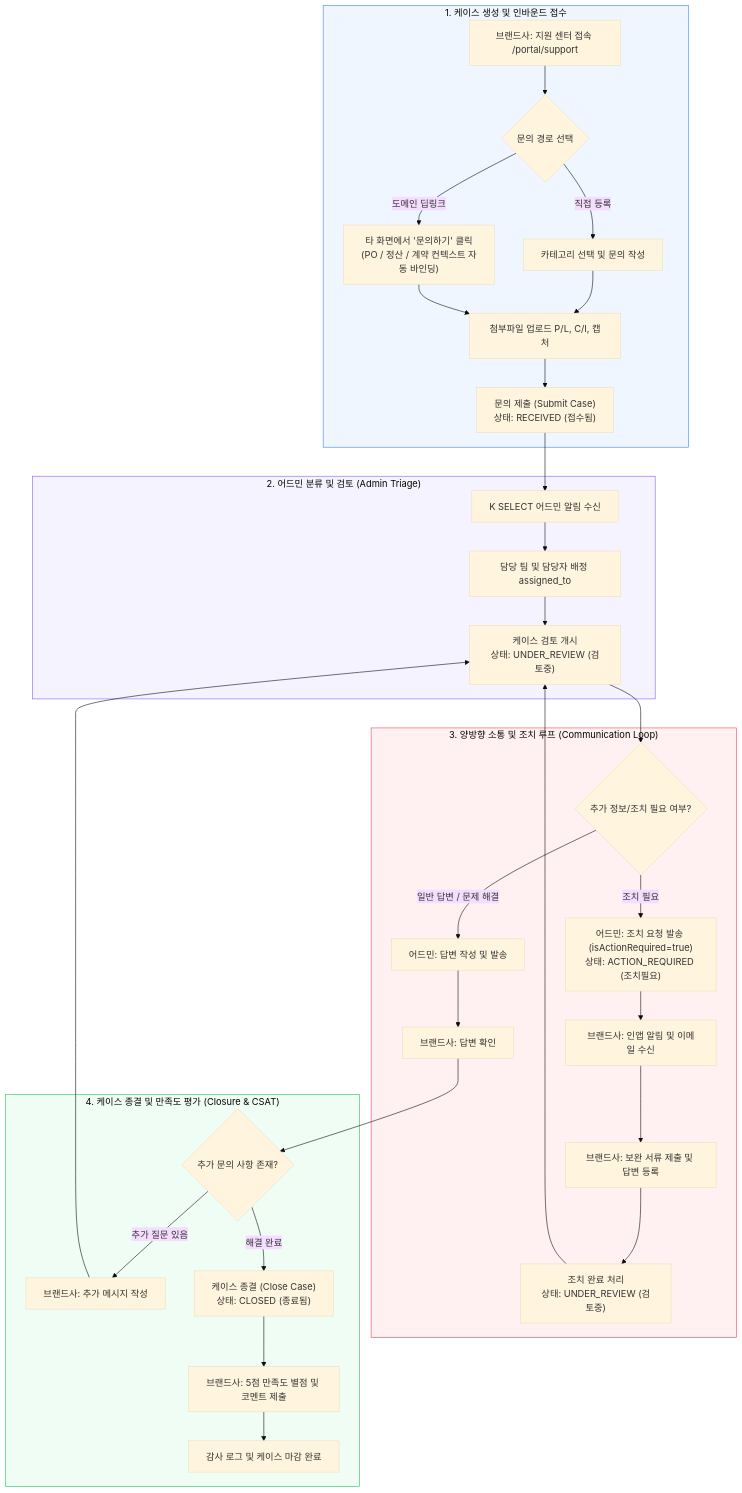
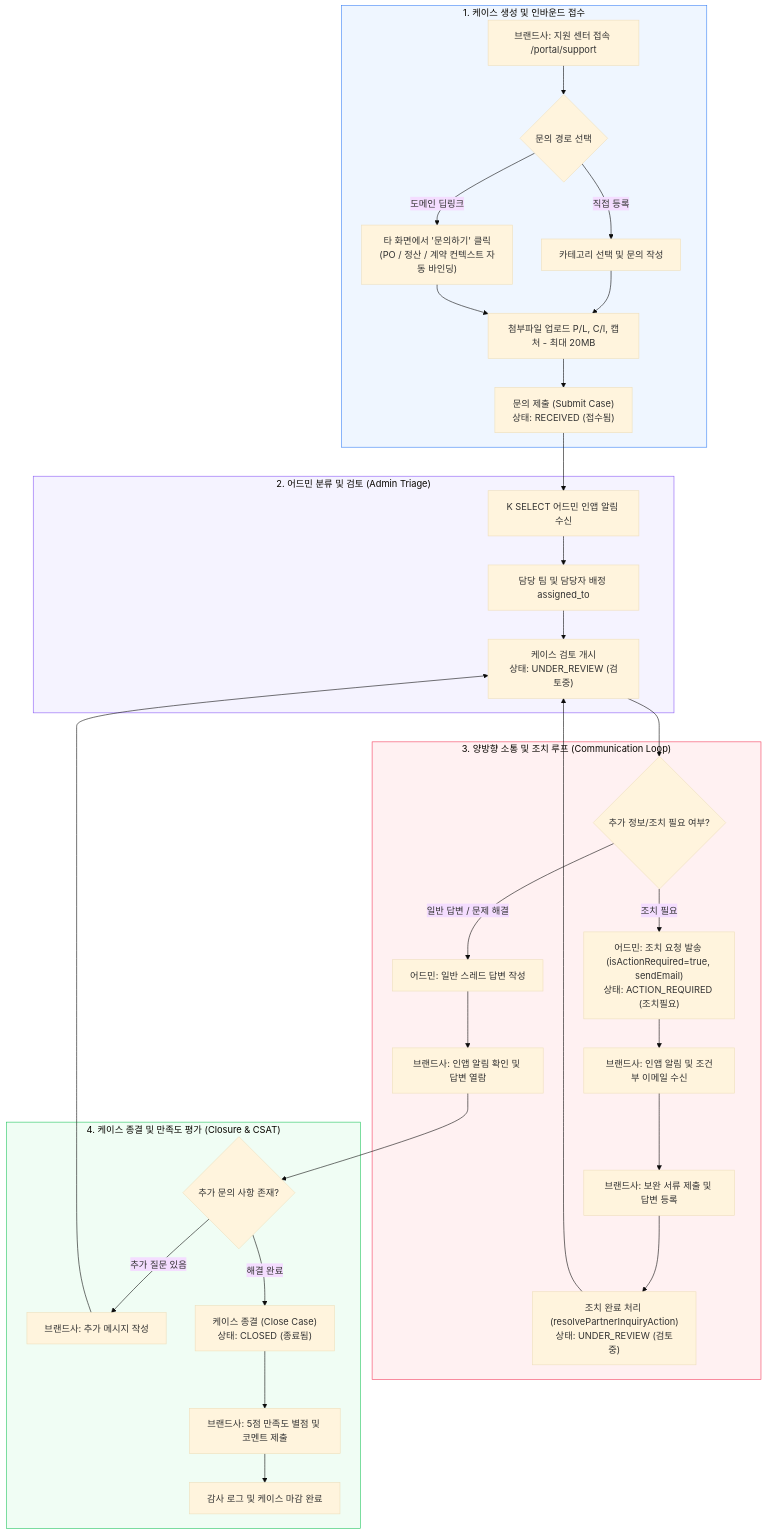
Before and after one commit to chaehahm-Kr/KBGP-Portal: the first of 7 diagrams in Manuals/MAN-B-TASK-001_Task-Communication/01_SOURCE/MAN-B-TASK-001_Workflow_Map.md, drawn with Mermaid (base theme). The commit also changed other lines of this file and 3 other files, not shown here.

````diff
--- a/Manuals/MAN-B-TASK-001_Task-Communication/01_SOURCE/MAN-B-TASK-001_Workflow_Map.md
+++ b/Manuals/MAN-B-TASK-001_Task-Communication/01_SOURCE/MAN-B-TASK-001_Workflow_Map.md
@@ -13,46 +13,46 @@
 ```mermaid
 flowchart TD
     subgraph INITIATION["1. 케이스 생성 및 인바운드 접수"]
         A1[브랜드사: 지원 센터 접속 /portal/support] --> A2{문의 경로 선택}
         A2 -->|직접 등록| A3[카테고리 선택 및 문의 작성]
         A2 -->|도메인 딥링크| A4["타 화면에서 '문의하기' 클릭<br/>(PO / 정산 / 계약 컨텍스트 자동 바인딩)"]
-        A3 & A4 --> A5[첨부파일 업로드 P/L, C/I, 캡처]
+        A3 & A4 --> A5[첨부파일 업로드 P/L, C/I, 캡처 - 최대 20MB]
         A5 --> A6["문의 제출 (Submit Case)<br/>상태: RECEIVED (접수됨)"]
     end
 
     subgraph TRIAGE["2. 어드민 분류 및 검토 (Admin Triage)"]
-        A6 --> B1[K SELECT 어드민 알림 수신]
+        A6 --> B1[K SELECT 어드민 인앱 알림 수신]
         B1 --> B2[담당 팀 및 담당자 배정 assigned_to]
         B2 --> B3["케이스 검토 개시<br/>상태: UNDER_REVIEW (검토중)"]
     end
 
     subgraph ACTION_LOOP["3. 양방향 소통 및 조치 루프 (Communication Loop)"]
         B3 --> C1{추가 정보/조치 필요 여부?}
         
         %% Action Required Branch
-        C1 -->|조치 필요| C2["어드민: 조치 요청 발송 (isActionRequired=true)<br/>상태: ACTION_REQUIRED (조치필요)"]
-        C2 --> C3[브랜드사: 인앱 알림 및 이메일 수신]
+        C1 -->|조치 필요| C2["어드민: 조치 요청 발송 (isActionRequired=true, sendEmail)<br/>상태: ACTION_REQUIRED (조치필요)"]
+        C2 --> C3[브랜드사: 인앱 알림 및 조건부 이메일 수신]
         C3 --> C4[브랜드사: 보완 서류 제출 및 답변 등록]
-        C4 --> C5["조치 완료 처리<br/>상태: UNDER_REVIEW (검토중)"]
+        C4 --> C5["조치 완료 처리 (resolvePartnerInquiryAction)<br/>상태: UNDER_REVIEW (검토중)"]
         C5 --> B3
         
         %% Normal Resolution Branch
-        C1 -->|일반 답변 / 문제 해결| D1[어드민: 답변 작성 및 발송]
-        D1 --> D2[브랜드사: 답변 확인]
+        C1 -->|일반 답변 / 문제 해결| D1[어드민: 일반 스레드 답변 작성]
+        D1 --> D2[브랜드사: 인앱 알림 확인 및 답변 열람]
     end
 
     subgraph CLOSURE["4. 케이스 종결 및 만족도 평가 (Closure & CSAT)"]
         D2 --> E1{추가 문의 사항 존재?}
         E1 -->|추가 질문 있음| E2[브랜드사: 추가 메시지 작성]
         E2 --> B3
         
         E1 -->|해결 완료| E3["케이스 종결 (Close Case)<br/>상태: CLOSED (종료됨)"]
         E3 --> E4[브랜드사: 5점 만족도 별점 및 코멘트 제출]
         E4 --> E5[감사 로그 및 케이스 마감 완료]
     end
 
     style INITIATION fill:#eff6ff,stroke:#3b82f6
     style TRIAGE fill:#f5f3ff,stroke:#8b5cf6
     style ACTION_LOOP fill:#fff1f2,stroke:#f43f5e
     style CLOSURE fill:#f0fdf4,stroke:#22c55e
 ```
````
